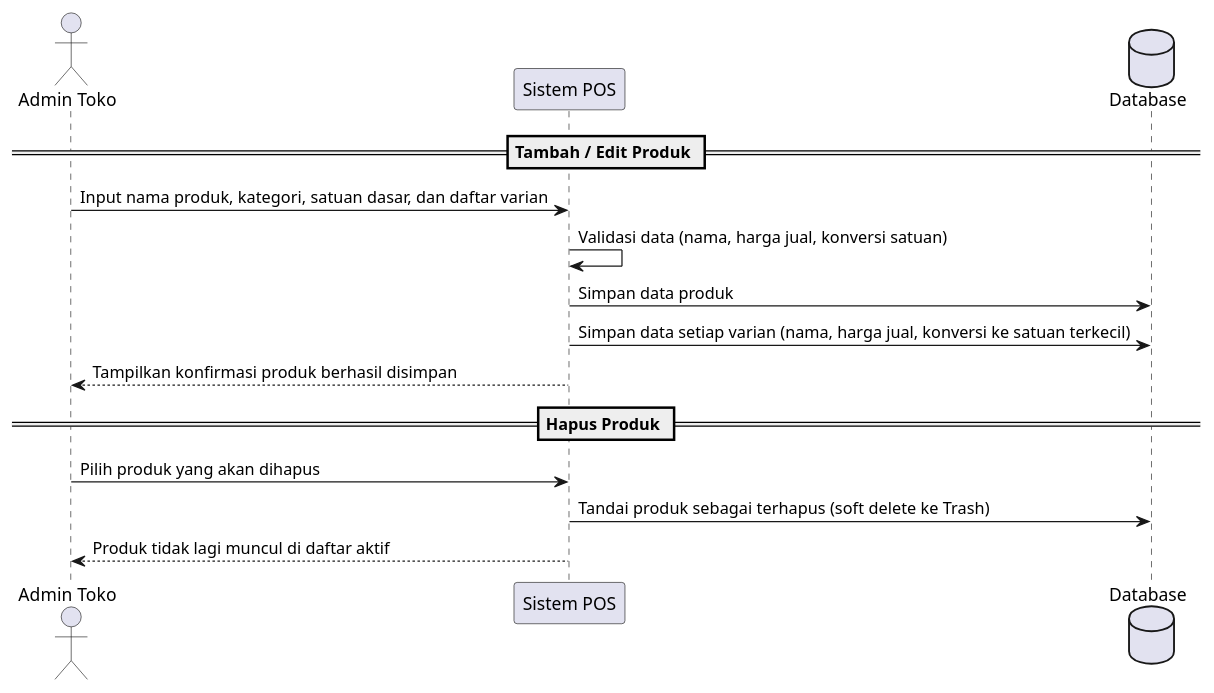
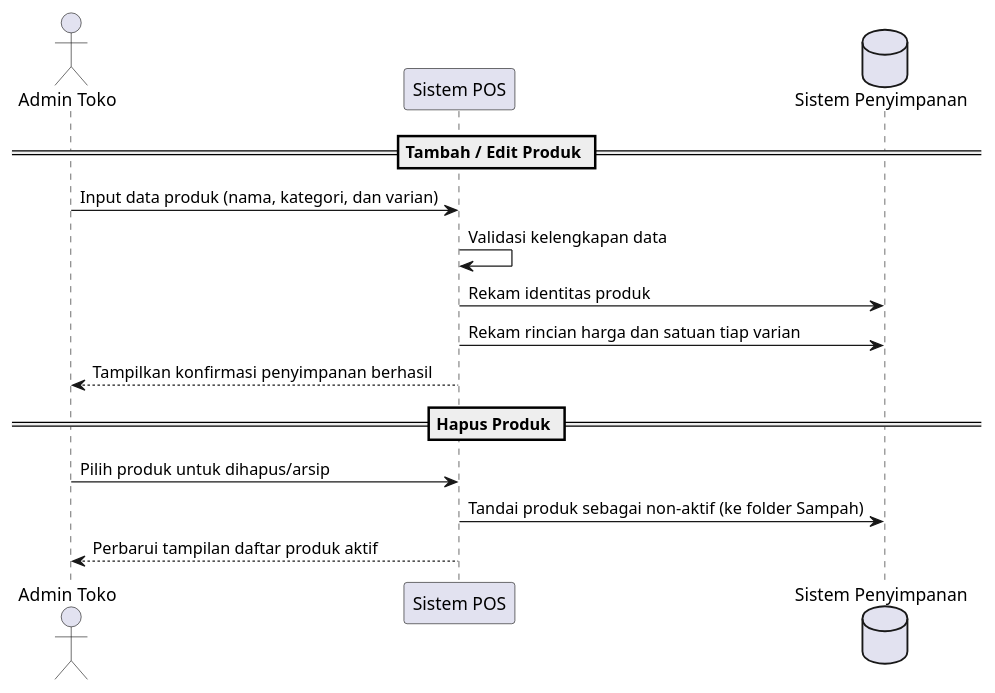
One commit to Aditiarzky/pos-app changed the diagram in docs/uml-sequence-product.puml. Above: the diagram before and after it, drawn with PlantUML. The commit also changed 21 other files, not shown here.

```diff
--- a/docs/uml-sequence-product.puml
+++ b/docs/uml-sequence-product.puml
@@ -1,17 +1,17 @@
 @startuml
 actor "Admin Toko" as Admin
 participant "Sistem POS" as App
-database "Database" as DB
+database "Sistem Penyimpanan" as DB
 
 == Tambah / Edit Produk ==
-Admin -> App: Input nama produk, kategori, satuan dasar, dan daftar varian
-App -> App: Validasi data (nama, harga jual, konversi satuan)
-App -> DB: Simpan data produk
-App -> DB: Simpan data setiap varian (nama, harga jual, konversi ke satuan terkecil)
-App --> Admin: Tampilkan konfirmasi produk berhasil disimpan
+Admin -> App: Input data produk (nama, kategori, dan varian)
+App -> App: Validasi kelengkapan data
+App -> DB: Rekam identitas produk
+App -> DB: Rekam rincian harga dan satuan tiap varian
+App --> Admin: Tampilkan konfirmasi penyimpanan berhasil
 
 == Hapus Produk ==
-Admin -> App: Pilih produk yang akan dihapus
-App -> DB: Tandai produk sebagai terhapus (soft delete ke Trash)
-App --> Admin: Produk tidak lagi muncul di daftar aktif
+Admin -> App: Pilih produk untuk dihapus/arsip
+App -> DB: Tandai produk sebagai non-aktif (ke folder Sampah)
+App --> Admin: Perbarui tampilan daftar produk aktif
 @enduml
```
